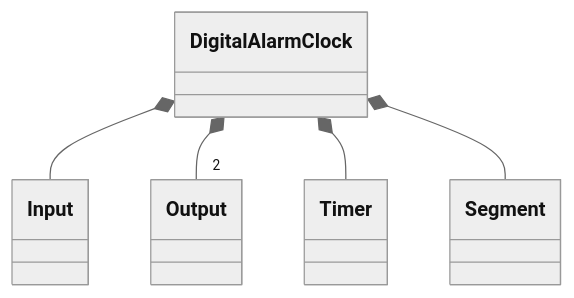
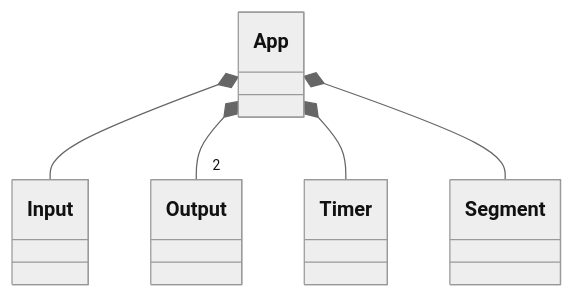
The third of 3 diagrams in README.md (vermilion9312/digital-alarm-clock), drawn with Mermaid (neutral theme) before and after one commit. The commit also changed other lines of this file and 99 other files, not shown here.

````diff
--- a/README.md
+++ b/README.md
@@ -43,16 +43,16 @@
 ```mermaid
 classDiagram
 direction TB
 
 class Input
 class Output 
 class Segment 
 class Timer
-class DigitalAlarmClock
+class App
 
-DigitalAlarmClock *-- Input
-DigitalAlarmClock *-- "2" Output
-DigitalAlarmClock *-- Timer
-DigitalAlarmClock *-- Segment
+App *-- Input
+App *-- "2" Output
+App *-- Timer
+App *-- Segment
 
 ```
````
